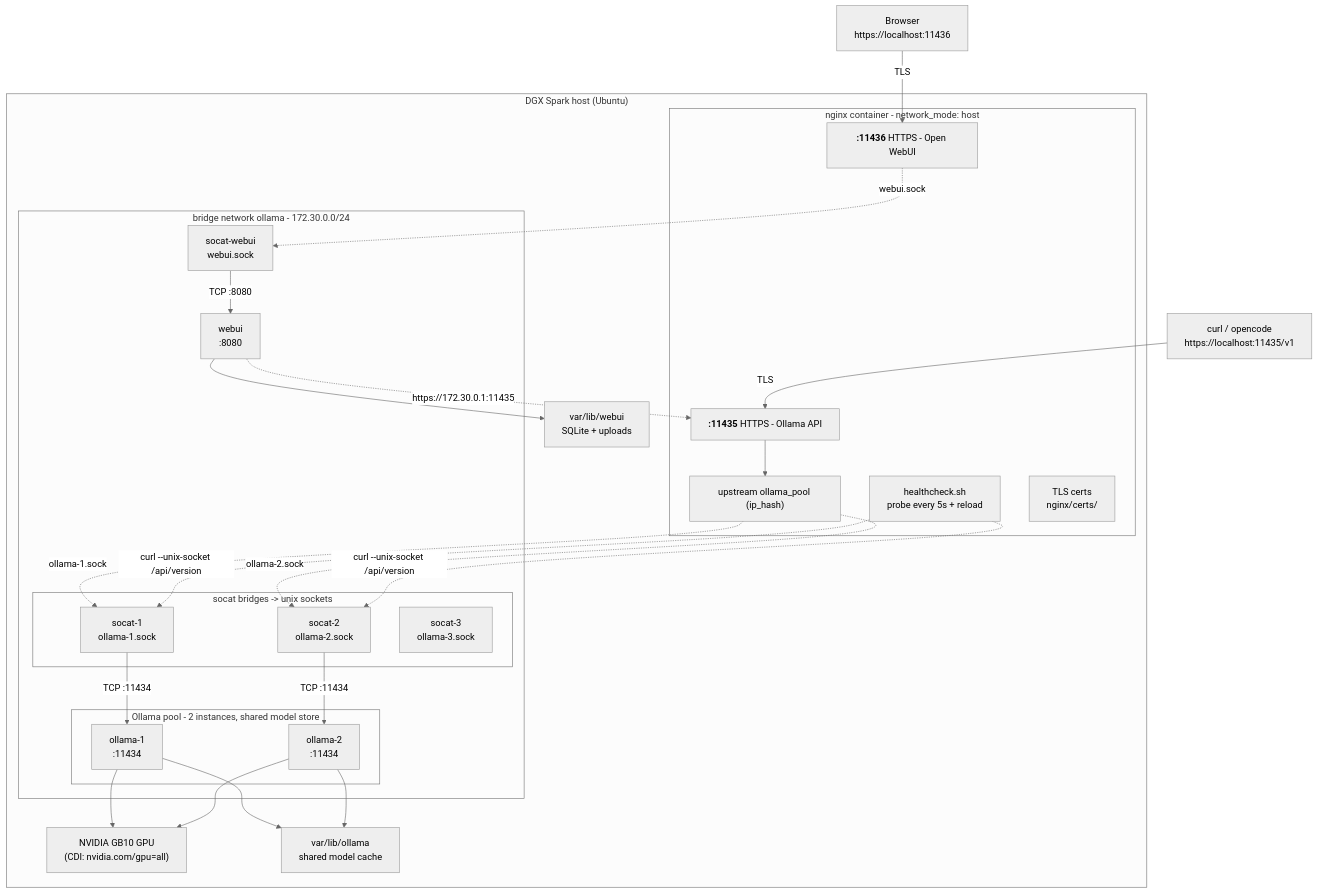
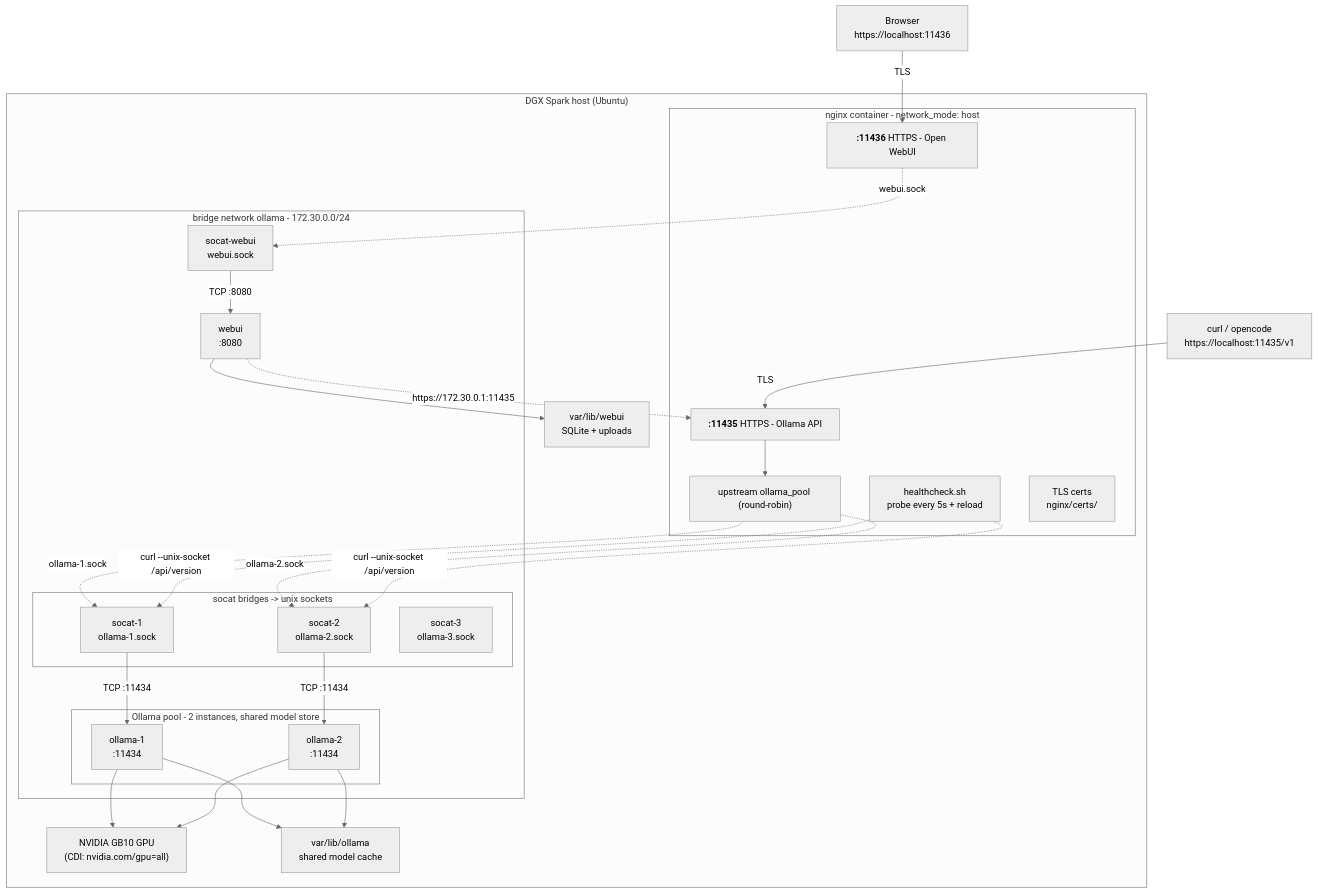
The diagram in docs/diagrams/architecture.mmd (SpotDraft/ollama-serve), drawn with Mermaid (neutral theme) before and after one commit. The commit also changed 8 other files, not shown here.

```diff
--- a/docs/diagrams/architecture.mmd
+++ b/docs/diagrams/architecture.mmd
@@ -1,47 +1,47 @@
 flowchart TD
     CLI1["curl / opencode<br/>https://localhost:11435/v1"]
     CLI2["Browser<br/>https://localhost:11436"]
 
     subgraph HOST["DGX Spark host (Ubuntu)"]
         subgraph NGX["nginx container - network_mode: host"]
             LS11435["<b>:11435</b> HTTPS - Ollama API"]
             LS11436["<b>:11436</b> HTTPS - Open WebUI"]
-            UP["upstream ollama_pool (ip_hash)"]
+            UP["upstream ollama_pool (round-robin)"]
             HK["healthcheck.sh<br/>probe every 5s + reload"]
             CERTS["TLS certs<br/>nginx/certs/"]
         end
 
         subgraph NET["bridge network ollama - 172.30.0.0/24"]
             subgraph POOL["Ollama pool - 2 instances, shared model store"]
                 O1["ollama-1<br/>:11434"]
                 O2["ollama-2<br/>:11434"]
             end
             subgraph SOC["socat bridges -> unix sockets"]
                 S1["socat-1<br/>ollama-1.sock"]
                 S2["socat-2<br/>ollama-2.sock"]
                 S3["socat-3<br/>ollama-3.sock"]
             end
             W["webui<br/>:8080"]
             SW["socat-webui<br/>webui.sock"]
         end
 
         GPU["NVIDIA GB10 GPU<br/>(CDI: nvidia.com/gpu=all)"]
         MODELS["var/lib/ollama<br/>shared model cache"]
         DATA["var/lib/webui<br/>SQLite + uploads"]
     end
 
     CLI1 -->|TLS| LS11435
     CLI2 -->|TLS| LS11436
     LS11435 --> UP
     UP -.->|ollama-1.sock| S1
     UP -.->|ollama-2.sock| S2
     LS11436 -.->|webui.sock| SW
     S1 -->|TCP :11434| O1
     S2 -->|TCP :11434| O2
     SW -->|TCP :8080| W
     W -.->|https://172.30.0.1:11435| LS11435
     HK -.->|curl --unix-socket /api/version| S1
     HK -.->|curl --unix-socket /api/version| S2
     O1 & O2 --> GPU
     O1 & O2 --> MODELS
     W --> DATA
```
